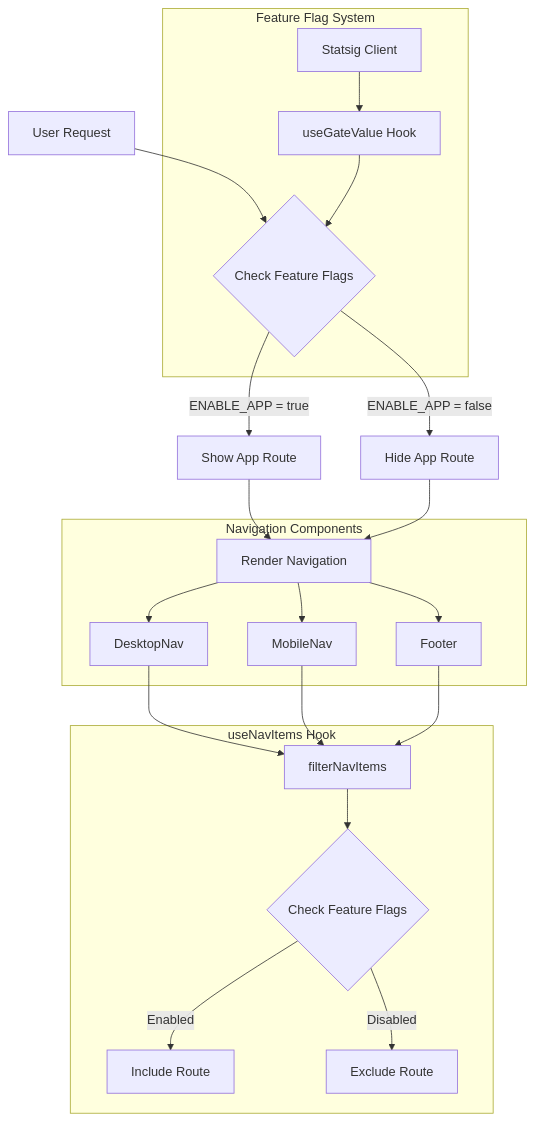
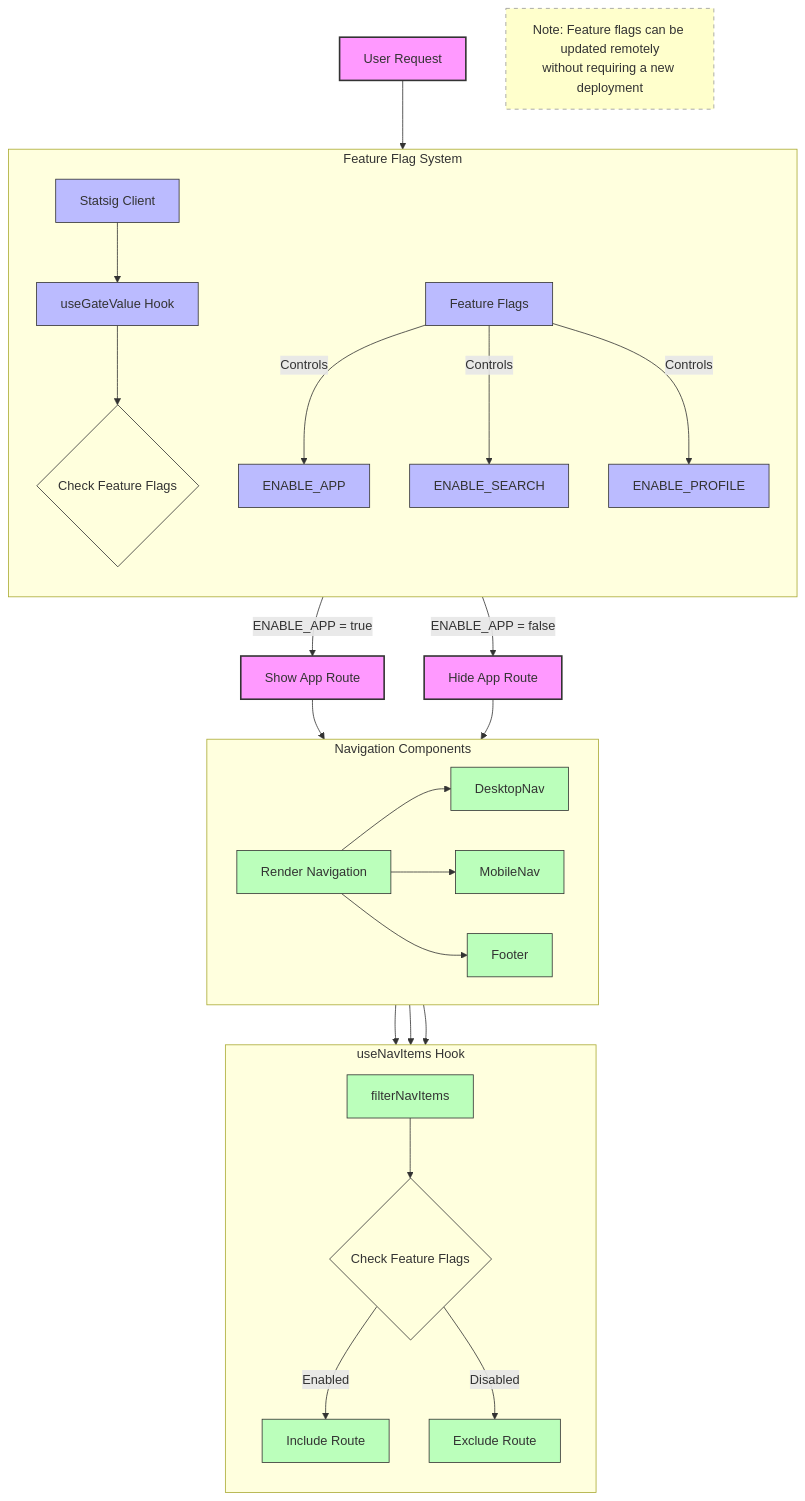
The third of 6 diagrams in README.md (sotomaque/emoji-map-next), drawn with Mermaid before and after one commit. The commit also changed other lines of this file and 18 other files, not shown here.

````diff
--- a/README.md
+++ b/README.md
@@ -293,30 +338,57 @@
 ```mermaid
 flowchart TD
-    A[User Request] --> B{Check Feature Flags}
-    B -->|ENABLE_APP = true| C[Show App Route]
-    B -->|ENABLE_APP = false| D[Hide App Route]
+    %% Feature Flag System Diagram
+    %% Shows how feature flags control application behavior
     
-    C --> E[Render Navigation]
+    %% Define styles
+    classDef userFlow fill:#f9f,stroke:#333,stroke-width:2px
+    classDef featureFlag fill:#bbf,stroke:#333,stroke-width:1px
+    classDef component fill:#bfb,stroke:#333,stroke-width:1px
+    classDef decision fill:#ffd,stroke:#333,stroke-width:1px,shape:diamond
+    
+    %% User flow
+    A[User Request]:::userFlow --> B{Check Feature Flags}:::decision
+    B -->|ENABLE_APP = true| C[Show App Route]:::userFlow
+    B -->|ENABLE_APP = false| D[Hide App Route]:::userFlow
+    
+    C --> E[Render Navigation]:::component
     D --> E
     
-    subgraph Feature Flag System
-    F[Statsig Client] --> G[useGateValue Hook]
-    G --> B
+    %% Feature Flag System components
+    subgraph "Feature Flag System" 
+        direction TB
+        F[Statsig Client]:::featureFlag --> G[useGateValue Hook]:::featureFlag
+        G --> B
+        
+        %% Add feature flag examples
+        H[Feature Flags]:::featureFlag
+        H --> |Controls| I[ENABLE_APP]:::featureFlag
+        H --> |Controls| J[ENABLE_SEARCH]:::featureFlag
+        H --> |Controls| K[ENABLE_PROFILE]:::featureFlag
     end
     
-    subgraph Navigation Components
-    E --> H[DesktopNav]
-    E --> I[MobileNav]
-    E --> J[Footer]
+    %% Navigation components
+    subgraph "Navigation Components"
+        direction LR
+        E --> H1[DesktopNav]:::component
+        E --> I1[MobileNav]:::component
+        E --> J1[Footer]:::component
     end
     
-    subgraph useNavItems Hook
-    K[filterNavItems] --> L{Check Feature Flags}
-    L -->|Enabled| M[Include Route]
-    L -->|Disabled| N[Exclude Route]
+    %% Nav items filtering
+    subgraph "useNavItems Hook"
+        direction TB
+        K1[filterNavItems]:::component --> L{Check Feature Flags}:::decision
+        L -->|Enabled| M[Include Route]:::component
+        L -->|Disabled| N[Exclude Route]:::component
     end
     
-    H --> K
-    I --> K
-    J --> K
+    %% Connect components
+    H1 --> K1
+    I1 --> K1
+    J1 --> K1
+    
+    %% Add notes
+    note["Note: Feature flags can be updated remotely<br>without requiring a new deployment"]
+    style note fill:#ffffcc,stroke:#999,stroke-width:1px,stroke-dasharray: 5 5
 ```
````
